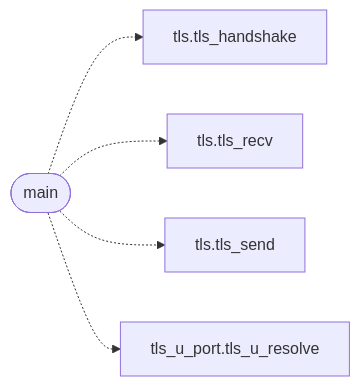
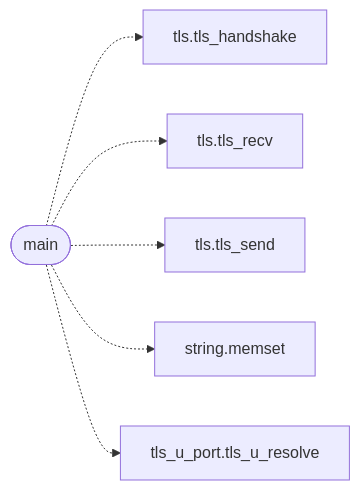
The diagram in readmenator-apidocs/modules/progs.tls_u.tls_u_main.c.md (grisuno/miniOS), drawn with Mermaid before and after one commit. The commit also changed other lines of this file and 222 other files, not shown here.

````diff
--- a/readmenator-apidocs/modules/progs.tls_u.tls_u_main.c.md
+++ b/readmenator-apidocs/modules/progs.tls_u.tls_u_main.c.md
@@ -16,12 +16,14 @@
 ```mermaid
 flowchart LR
     n_progs_tls_u_tls_u_main_c__main(["main"])
     n_headers_tls_h__tls_handshake["tls.tls_handshake"]
     n_headers_tls_h__tls_recv["tls.tls_recv"]
     n_headers_tls_h__tls_send["tls.tls_send"]
+    n_kernel_string_c__memset["string.memset"]
     n_progs_tls_u_tls_u_port_c__tls_u_resolve["tls_u_port.tls_u_resolve"]
     n_progs_tls_u_tls_u_main_c__main -.-> n_headers_tls_h__tls_handshake
     n_progs_tls_u_tls_u_main_c__main -.-> n_headers_tls_h__tls_recv
     n_progs_tls_u_tls_u_main_c__main -.-> n_headers_tls_h__tls_send
+    n_progs_tls_u_tls_u_main_c__main -.-> n_kernel_string_c__memset
     n_progs_tls_u_tls_u_main_c__main -.-> n_progs_tls_u_tls_u_port_c__tls_u_resolve
 ```
````
